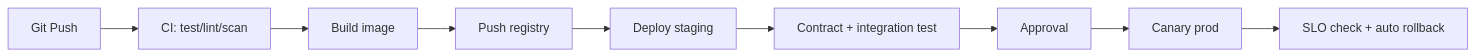
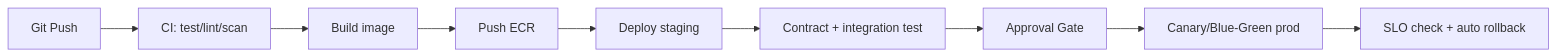
Before and after one commit to vanhiep99w/microservice-learn: diagram 17 of 17 in 26-case-study-food-delivery.md, drawn with Mermaid. The commit also changed other lines of this file, not shown here.

````diff
--- a/26-case-study-food-delivery.md
+++ b/26-case-study-food-delivery.md
@@ -986,11 +2270,11 @@
 ```mermaid
 flowchart LR
     A[Git Push] --> B[CI: test/lint/scan]
     B --> C[Build image]
-    C --> D[Push registry]
+    C --> D[Push ECR]
     D --> E[Deploy staging]
     E --> F[Contract + integration test]
-    F --> G[Approval]
-    G --> H[Canary prod]
+    F --> G[Approval Gate]
+    G --> H[Canary/Blue-Green prod]
     H --> I[SLO check + auto rollback]
 ```
````
